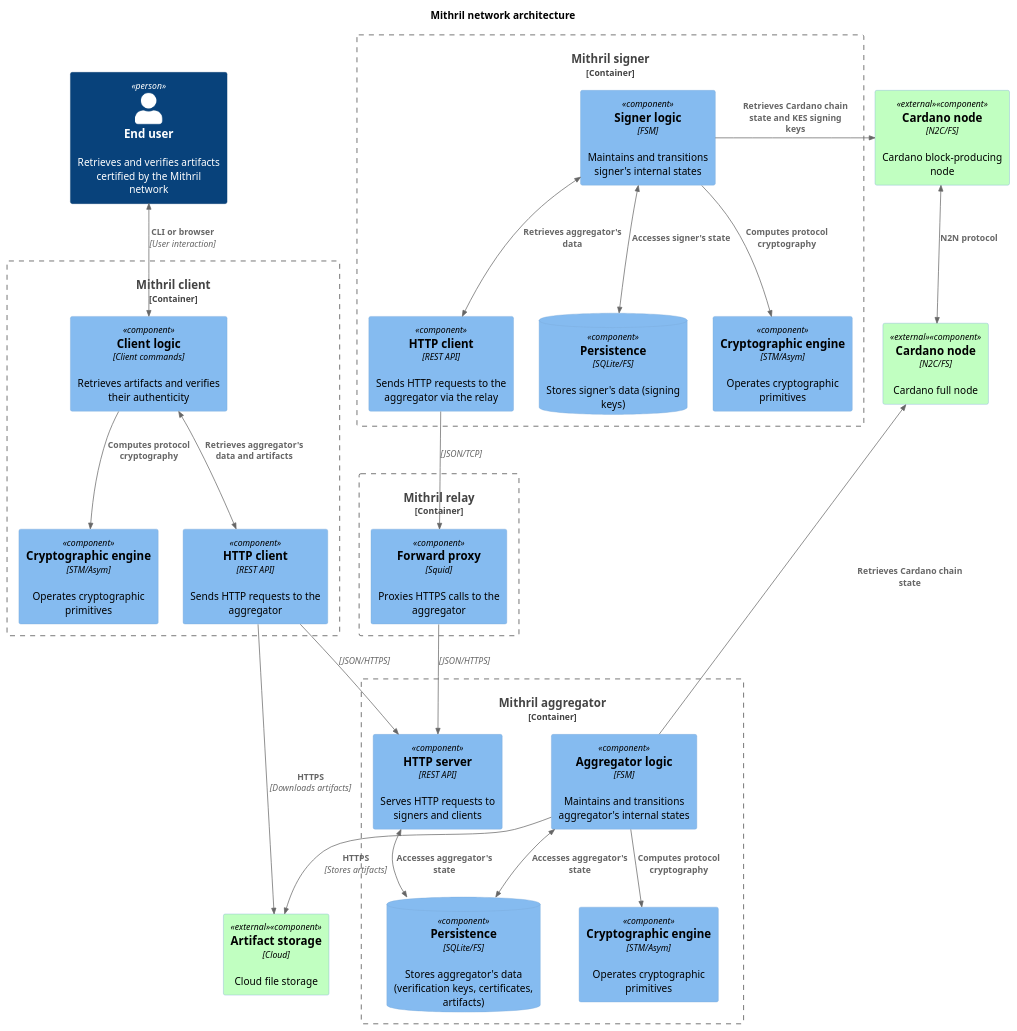
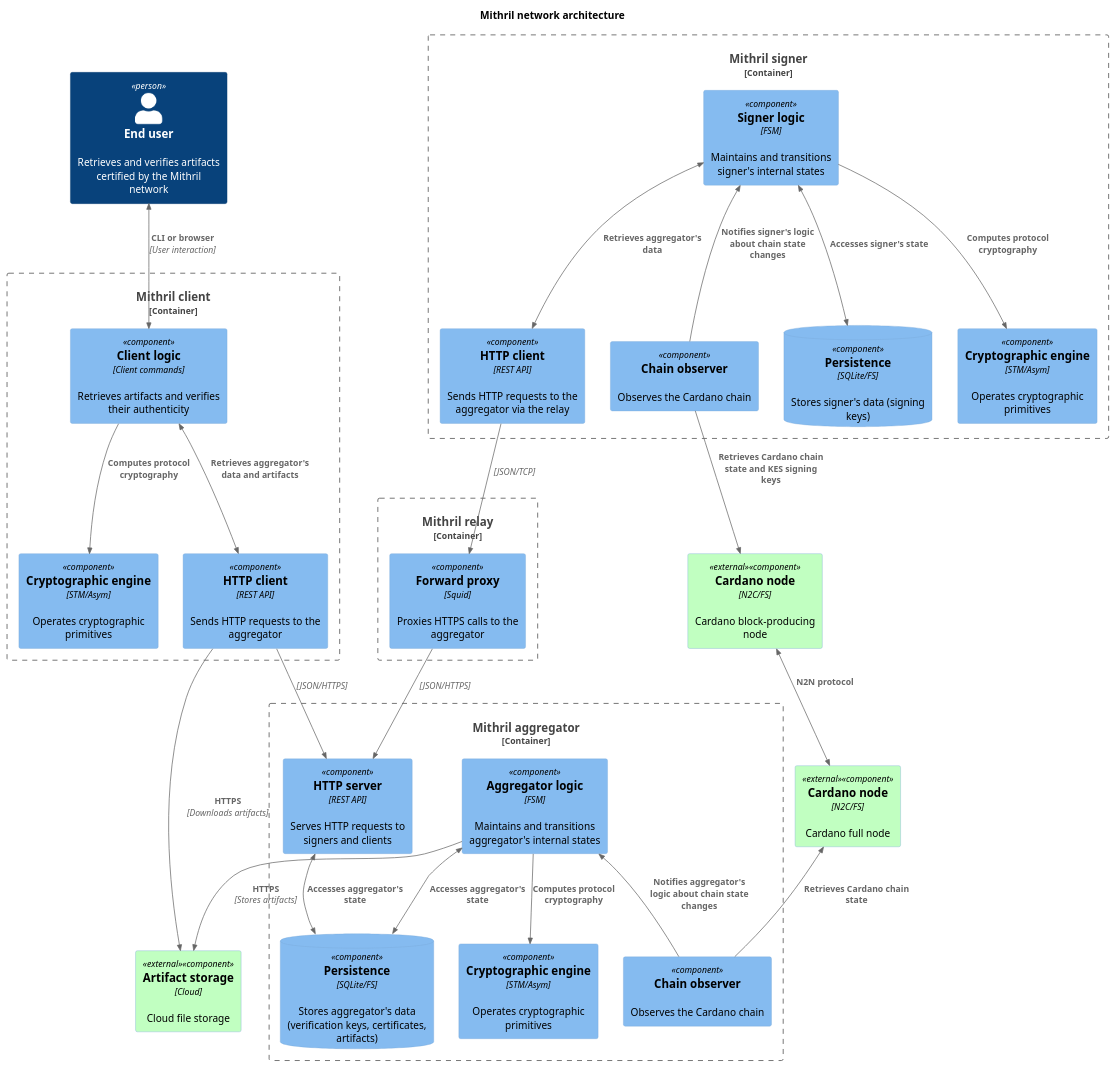
The diagram in docs/website/root/mithril/mithril-network/architecture-c4.puml (input-output-hk/mithril), drawn with PlantUML before and after one commit. The commit also changed 1 other file, not shown here.

Commit message:
docs: enhance architecture diagram

```diff
--- a/docs/website/root/mithril/mithril-network/architecture-c4.puml
+++ b/docs/website/root/mithril/mithril-network/architecture-c4.puml
@@ -1,58 +1,62 @@
 @startuml architecture
 title "Mithril network architecture"
 !include https://raw.githubusercontent.com/plantuml-stdlib/C4-PlantUML/master/C4_Component.puml
 
 AddElementTag("external", $bgColor="#c1ffc1")
 
 Person(end_user, "End user", "Retrieves and verifies artifacts certified by the Mithril network")
 
 Container_Boundary(mithril_aggregator, "Mithril aggregator", $link="https://github.com/input-output-hk/mithril/tree/main/mithril-aggregator") {
     Component(mithril_aggregator_logic, "Aggregator logic", "FSM", "Maintains and transitions aggregator's internal states")
     Component(mithril_aggregator_cryptographic_engine, "Cryptographic engine", "STM/Asym", "Operates cryptographic primitives")
+    Component(mithril_aggregator_chain_observer, "Chain observer", "", "Observes the Cardano chain")
     Component(mithril_aggregator_http_server, "HTTP server", "REST API", "Serves HTTP requests to signers and clients")
     ComponentDb(mithril_aggregator_persistence, "Persistence", "SQLite/FS", "Stores aggregator's data (verification keys, certificates, artifacts)")
     
     Rel(mithril_aggregator_logic, mithril_aggregator_cryptographic_engine, "Computes protocol cryptography")
+    Rel_U(mithril_aggregator_chain_observer, mithril_aggregator_logic, "Notifies aggregator's logic about chain state changes")
     BiRel(mithril_aggregator_logic, mithril_aggregator_persistence, "Accesses aggregator's state")
     BiRel(mithril_aggregator_http_server, mithril_aggregator_persistence, "Accesses aggregator's state")
 }
 
 Container_Boundary(mithril_signer, "Mithril signer", $link="https://github.com/input-output-hk/mithril/tree/main/mithril-signer") {
     Component(mithril_signer_logic, "Signer logic", "FSM", "Maintains and transitions signer's internal states ")
     Component(mithril_signer_cryptographic_engine, "Cryptographic engine", "STM/Asym", "Operates cryptographic primitives")
+    Component(mithril_signer_chain_observer, "Chain observer", "", "Observes the Cardano chain")
     Component(mithril_signer_http_client, "HTTP client", "REST API", "Sends HTTP requests to the aggregator via the relay")
     ComponentDb(mithril_signer_persistence, "Persistence", "SQLite/FS", "Stores signer's data (signing keys)")
 
     BiRel(mithril_signer_logic, mithril_signer_http_client, "Retrieves aggregator's data")
     Rel(mithril_signer_logic, mithril_signer_cryptographic_engine, "Computes protocol cryptography")
+    Rel_U(mithril_signer_chain_observer, mithril_signer_logic, "Notifies signer's logic about chain state changes")
     BiRel(mithril_signer_logic, mithril_signer_persistence, "Accesses signer's state")
 }
 
 Container_Boundary(mithril_relay, "Mithril relay") {
     Component(mithril_relay_forward_proxy, "Forward proxy", "Squid", "Proxies HTTPS calls to the aggregator")
 }
 
 Container_Boundary(mithril_client, "Mithril client", $link="https://github.com/input-output-hk/mithril/tree/main/mithril-client") {
     Component(mithril_client_logic, "Client logic", "Client commands", "Retrieves artifacts and verifies their authenticity")
     Component(mithril_client_cryptographic_engine, "Cryptographic engine", "STM/Asym", "Operates cryptographic primitives")
     Component(mithril_client_http_client, "HTTP client", "REST API", "Sends HTTP requests to the aggregator")
 
     BiRel(end_user, mithril_client_logic, "CLI or browser", "User interaction")
     BiRel(mithril_client_logic, mithril_client_http_client, "Retrieves aggregator's data and artifacts")
     Rel(mithril_client_logic, mithril_client_cryptographic_engine, "Computes protocol cryptography")
 }
 
 Rel(mithril_signer_http_client, mithril_relay_forward_proxy, "", "JSON/TCP")
 Rel(mithril_relay_forward_proxy, mithril_aggregator_http_server, "", "JSON/HTTPS")
 Rel(mithril_client_http_client, mithril_aggregator_http_server, "", "JSON/HTTPS")
 
 Component(mithril_aggregator_cardano_node, "Cardano node", "N2C/FS", "Cardano full node", $tags="external")
-Rel_L(mithril_aggregator_logic, mithril_aggregator_cardano_node, "Retrieves Cardano chain state")
+Rel_L(mithril_aggregator_chain_observer, mithril_aggregator_cardano_node, "Retrieves Cardano chain state")
 Component(mithril_signer_cardano_node, "Cardano node", "N2C/FS", "Cardano block-producing node", $tags="external")
-Rel_R(mithril_signer_logic, mithril_signer_cardano_node, "Retrieves Cardano chain state and KES signing keys")
+Rel_D(mithril_signer_chain_observer, mithril_signer_cardano_node, "Retrieves Cardano chain state and KES signing keys")
 BiRel(mithril_signer_cardano_node, mithril_aggregator_cardano_node, "N2N protocol")
 
 Component(mithril_artifact_storage, "Artifact storage", "Cloud", "Cloud file storage", $tags="external")
 Rel(mithril_aggregator_logic, mithril_artifact_storage, "HTTPS", "Stores artifacts")
 Rel(mithril_client_http_client, mithril_artifact_storage, "HTTPS", "Downloads artifacts")
 @enduml
```
